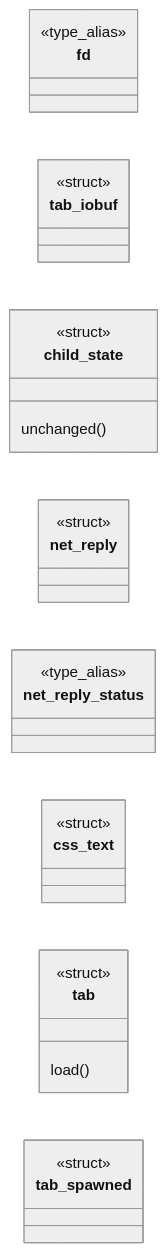
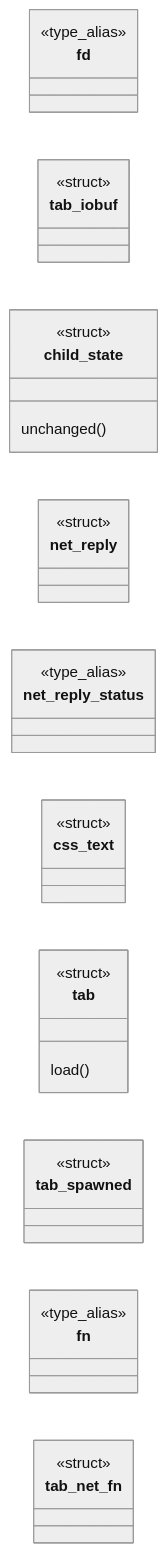
Before and after one commit to grisuno/FreeDom: the first of 2 diagrams in readmenator-apidocs/modules/src.tab.c.md, drawn with Mermaid (neutral theme). The commit also changed other lines of this file and 182 other files, not shown here.

````diff
--- a/readmenator-apidocs/modules/src.tab.c.md
+++ b/readmenator-apidocs/modules/src.tab.c.md
@@ -14,22 +14,26 @@
 ```mermaid
 classDiagram
     direction LR
     class fd
     <<type_alias>> fd
     class tab_iobuf
     <<struct>> tab_iobuf
     class child_state
     <<struct>> child_state
     child_state : unchanged()
     class net_reply
     <<struct>> net_reply
     class net_reply_status
     <<type_alias>> net_reply_status
     class css_text
     <<struct>> css_text
     class tab
     <<struct>> tab
     tab : load()
     class tab_spawned
     <<struct>> tab_spawned
+    class fn
+    <<type_alias>> fn
+    class tab_net_fn
+    <<struct>> tab_net_fn
 ```
````
